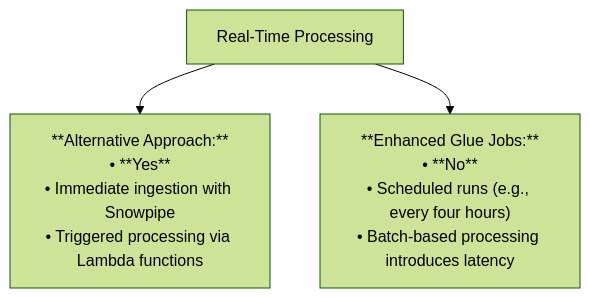
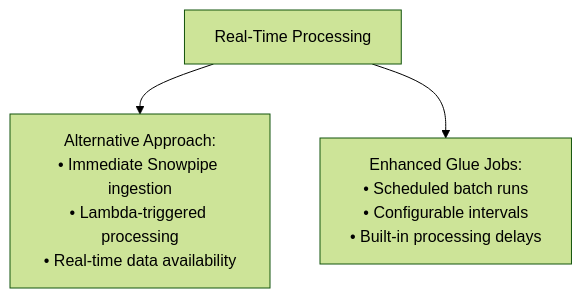
One commit to veronelazio/wezterm changed the fourth of 17 diagrams in mermaid.md. Above: the diagram before and after it, drawn with Mermaid (forest theme). The commit also changed other lines of this file, not shown here.

````diff
--- a/mermaid.md
+++ b/mermaid.md
@@ -77,8 +61,5 @@
-``` mermaid
+```mermaid
 flowchart TD
-    %% Real-Time Processing
-    B1["Real-Time Processing"]
-    B1 --> B2["**Alternative Approach:**<br>• **Yes**<br>• Immediate ingestion with Snowpipe<br>• Triggered processing via Lambda functions"]
-    B1 --> B3["**Enhanced Glue Jobs:**<br>• **No**<br>• Scheduled runs (e.g., every four hours)<br>• Batch-based processing introduces latency"]
-
+    B1["Real-Time Processing"] --> B2["Alternative Approach:<br/>• Immediate Snowpipe ingestion<br/>• Lambda-triggered processing<br/>• Real-time data availability"]
+    B1 --> B3["Enhanced Glue Jobs:<br/>• Scheduled batch runs<br/>• Configurable intervals<br/>• Built-in processing delays"]
 ```
````
